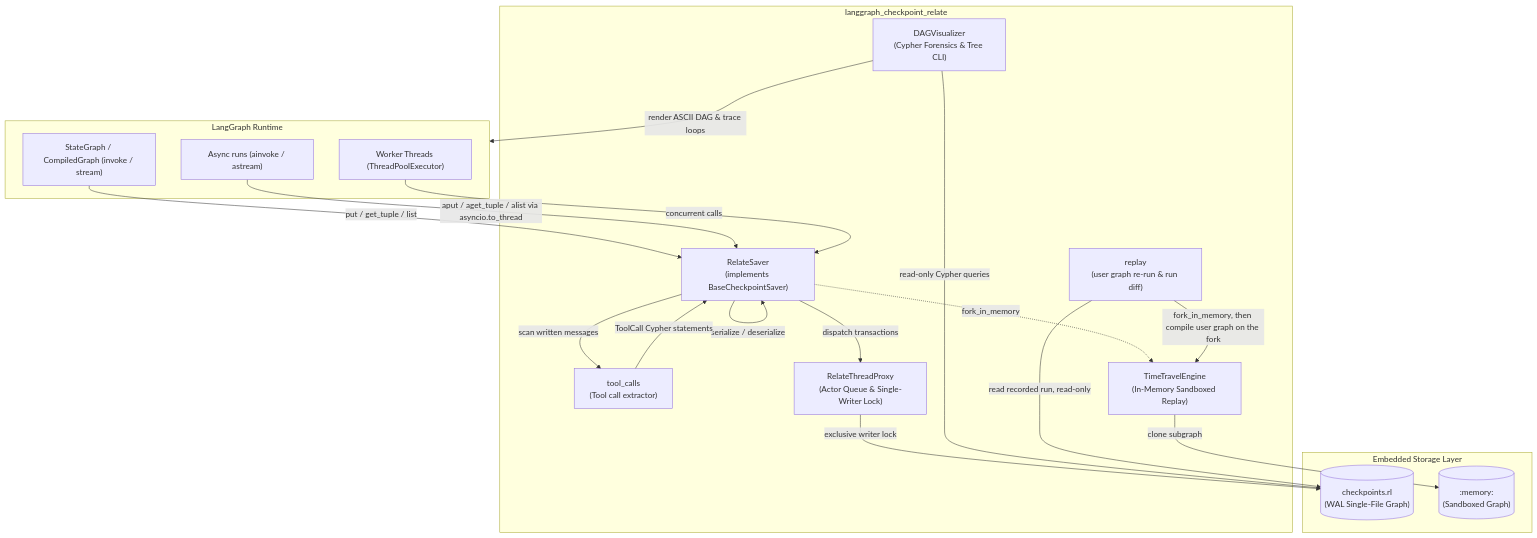
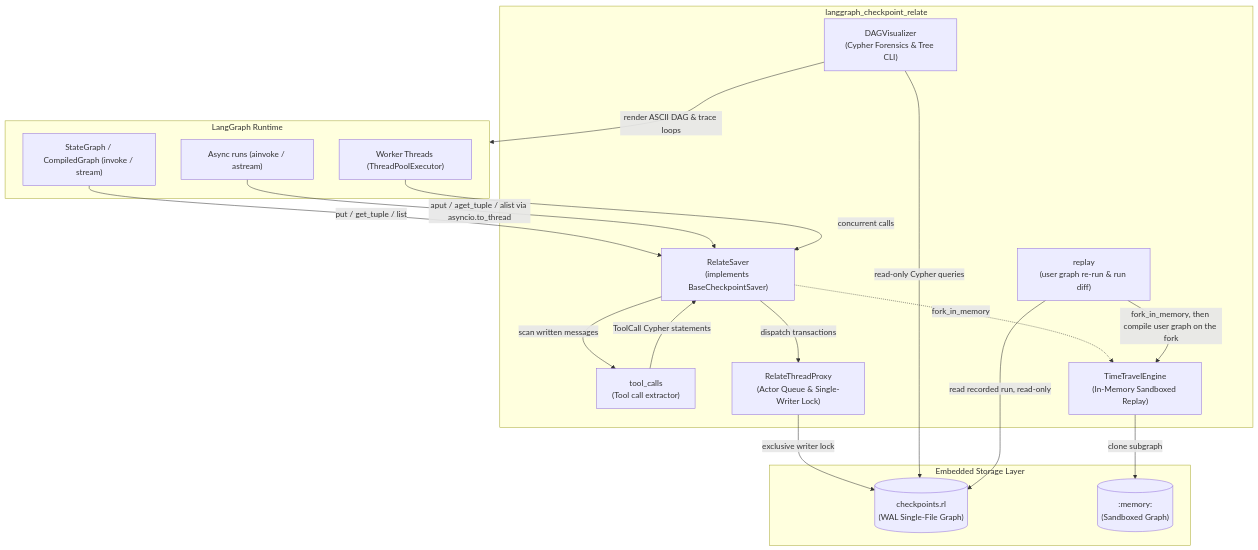
One commit to jegadeesh17/RelateGraphSaver changed the first of 2 diagrams in docs/ARCHITECTURE.md. Above: the diagram before and after it, drawn with Mermaid. The commit also changed other lines of this file and 43 other files, not shown here.

````diff
--- a/docs/ARCHITECTURE.md
+++ b/docs/ARCHITECTURE.md
@@ -61,37 +61,36 @@
 ```mermaid
 graph TD
     subgraph Client["LangGraph Runtime"]
         Graph["StateGraph / CompiledGraph (invoke / stream)"]
         AsyncGraph["Async runs (ainvoke / astream)"]
         Workers["Worker Threads (ThreadPoolExecutor)"]
     end
 
     subgraph RelatePackage["langgraph_checkpoint_relate"]
         Saver["RelateSaver\n(implements BaseCheckpointSaver)"]
         ToolCapture["tool_calls\n(Tool call extractor)"]
         Proxy["RelateThreadProxy\n(Actor Queue & Single-Writer Lock)"]
         TimeTravel["TimeTravelEngine\n(In-Memory Sandboxed Replay)"]
         Visualizer["DAGVisualizer\n(Cypher Forensics & Tree CLI)"]
         Replay["replay\n(user graph re-run & run diff)"]
     end
 
     subgraph Storage["Embedded Storage Layer"]
         DiskDB[("checkpoints.rl\n(WAL Single-File Graph)")]
         MemDB[(":memory:\n(Sandboxed Graph)")]
     end
 
     Graph -->|put / get_tuple / list| Saver
     AsyncGraph -->|aput / aget_tuple / alist via asyncio.to_thread| Saver
     Workers -->|concurrent calls| Saver
-    Saver -->|serialize / deserialize| Saver
     Saver -->|scan written messages| ToolCapture
     ToolCapture -->|ToolCall Cypher statements| Saver
     Saver -->|dispatch transactions| Proxy
     Proxy -->|exclusive writer lock| DiskDB
     TimeTravel -->|clone subgraph| MemDB
     Saver -.->|fork_in_memory| TimeTravel
     Visualizer -->|read-only Cypher queries| DiskDB
     Visualizer -->|render ASCII DAG & trace loops| Client
     Replay -->|fork_in_memory, then compile user graph on the fork| TimeTravel
     Replay -->|read recorded run, read-only| DiskDB
 ```
````
